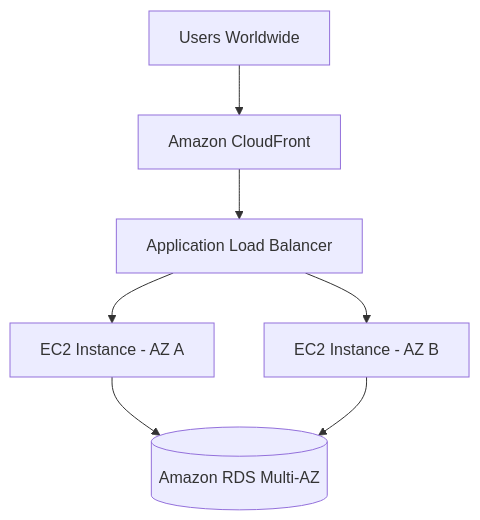
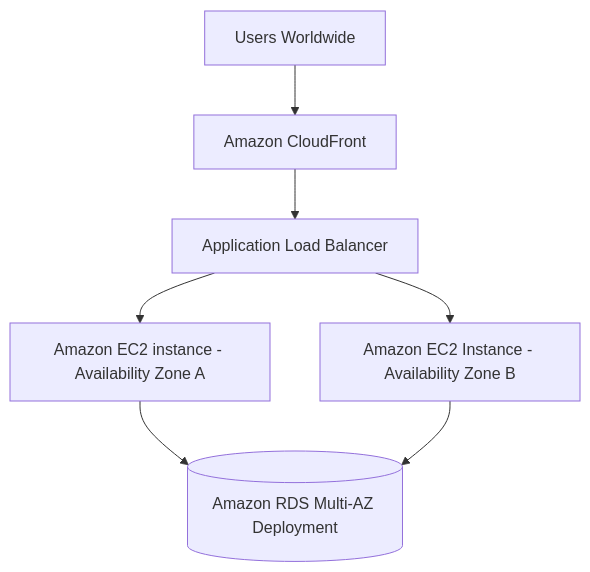
Before and after one commit to yashpalsharma-tech/enterprise-platform-engineering-journey: the diagram in architecture/aws/README.md, drawn with Mermaid.

````diff
--- a/architecture/aws/README.md
+++ b/architecture/aws/README.md
@@ -3,17 +3,17 @@
 ```mermaid
 graph TD
 
 A[Users Worldwide]
 B[Amazon CloudFront]
 C[Application Load Balancer]
-D[EC2 Instance - AZ A]
-E[EC2 Instance - AZ B]
-F[(Amazon RDS Multi-AZ)]
+D[Amazon EC2 instance - Availability Zone A]
+E[Amazon EC2 Instance - Availability Zone B]
+F[(Amazon RDS Multi-AZ Deployment)]
 
 A --> B
 B --> C
 C --> D
 C --> E
 D --> F
 E --> F
 ```
````
